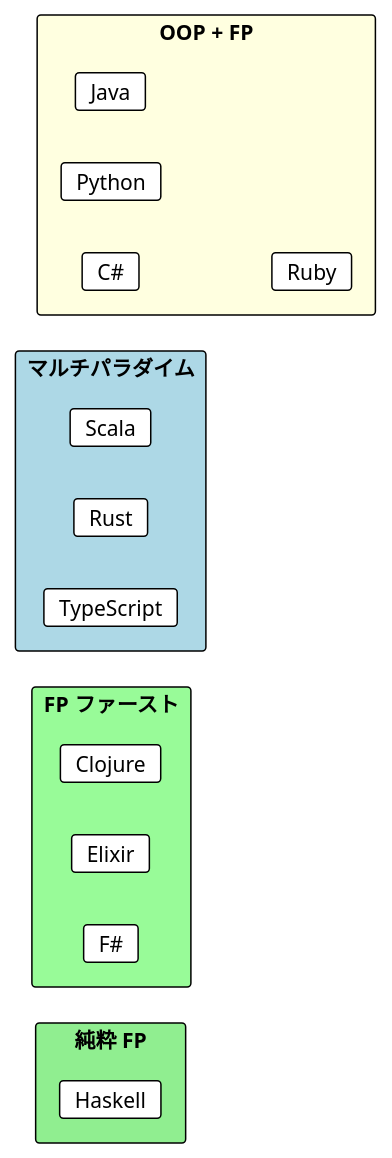
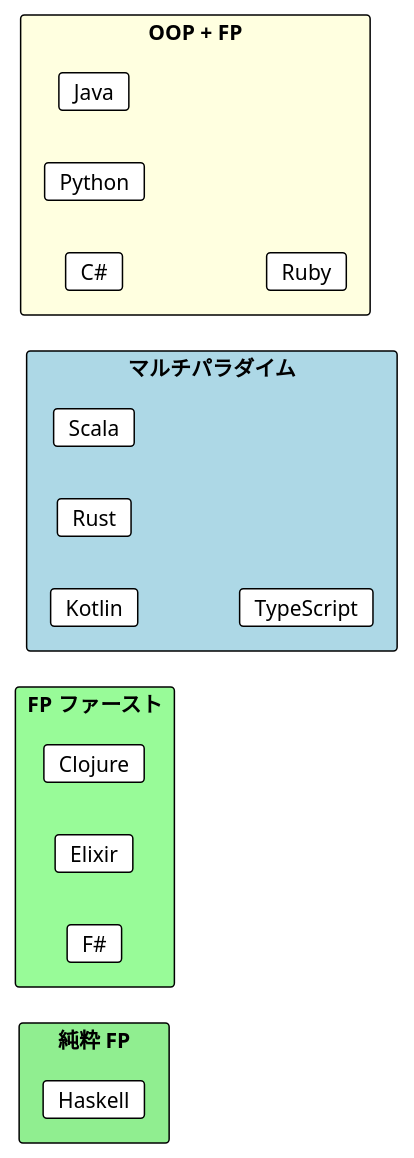
The fifth of 5 diagrams in docs/article/all/part-1-ch01-fp-introduction.md (k2works/grokkingfp-excersice), drawn with PlantUML before and after one commit. The commit also changed other lines of this file and 2 other files, not shown here.

````diff
--- a/docs/article/all/part-1-ch01-fp-introduction.md
+++ b/docs/article/all/part-1-ch01-fp-introduction.md
@@ -457,34 +582,35 @@
 ```plantuml
 @startuml
 !theme plain
 left to right direction
 
 rectangle "純粋 FP" #LightGreen {
   card "Haskell" as haskell
 }
 
 rectangle "FP ファースト" #PaleGreen {
   card "Clojure" as clojure
   card "Elixir" as elixir
   card "F#" as fsharp
 }
 
 rectangle "マルチパラダイム" #LightBlue {
   card "Scala" as scala
+  card "Kotlin" as kotlin
   card "Rust" as rust
   card "TypeScript" as ts
 }
 
 rectangle "OOP + FP" #LightYellow {
   card "Java" as java
   card "C#" as csharp
   card "Python" as python
   card "Ruby" as ruby
 }
 
 haskell -[hidden]right-> clojure
 clojure -[hidden]right-> scala
 scala -[hidden]right-> java
 
 @enduml
 ```
````
